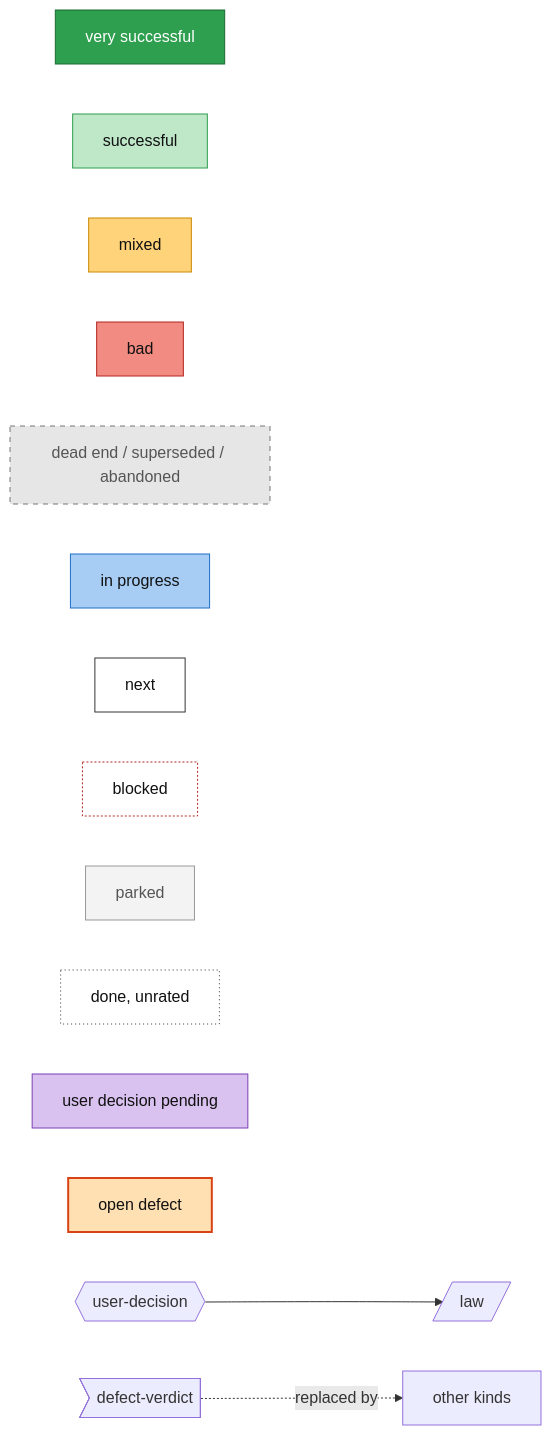
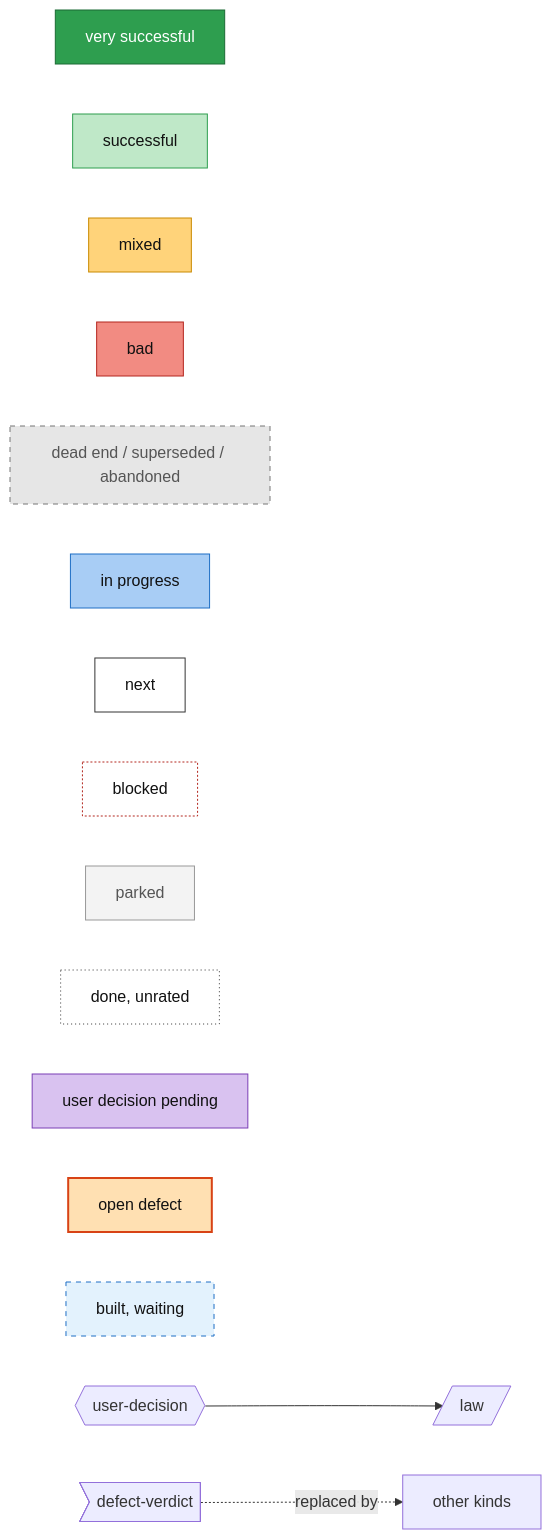
The first of 14 diagrams in docs/roadmap.md (lhns/raptorpath), drawn with Mermaid before and after one commit. The commit also changed other lines of this file and 1 other file, not shown here.

Commit message:
roadmap: 228 nodes - law-ledger fix order folded in, waiting vs running, owner-request coverage, dates from merges; regenerated on the portrait layout

````diff
--- a/docs/roadmap.md
+++ b/docs/roadmap.md
@@ -22,46 +22,48 @@
 ```mermaid
 flowchart LR
     lg_vsucc["very successful"]
     lg_succ["successful"]
     lg_mixed["mixed"]
     lg_bad["bad"]
     lg_dead["dead end / superseded / abandoned"]
     lg_inprog["in progress"]
     lg_next["next"]
     lg_blocked["blocked"]
     lg_parked["parked"]
     lg_unrated["done, unrated"]
     lg_userdec["user decision pending"]
     lg_defect["open defect"]
+    lg_waiting["built, waiting"]
     lg_k1{{"user-decision"}}
     lg_k2[/"law"/]
     lg_k3>"defect-verdict"]
     lg_k4["other kinds"]
     lg_k1 --> lg_k2
     lg_k3 -.->|replaced by| lg_k4
     classDef vsucc fill:#2e9e4f,stroke:#1b6b34,color:#fff
     classDef succ fill:#bfe8c8,stroke:#2e9e4f,color:#111
     classDef mixed fill:#ffd37a,stroke:#c98a00,color:#111
     classDef bad fill:#f28b82,stroke:#b3261e,color:#111
     classDef dead fill:#e6e6e6,stroke:#777,stroke-dasharray:5 5,color:#555
     classDef inprog fill:#a8cdf5,stroke:#1f6fc5,color:#111
     classDef next fill:#fff,stroke:#333,color:#111
     classDef blocked fill:#fff,stroke:#b3261e,stroke-dasharray:2 2,color:#111
     classDef parked fill:#f3f3f3,stroke:#999,color:#555
     classDef unrated fill:#fff,stroke:#333,stroke-dasharray:1 3,color:#111
     classDef userdec fill:#d9c2f0,stroke:#7b3fb5,color:#111
     classDef defect fill:#ffe0b2,stroke:#d84315,stroke-width:2px,color:#111
-    classDef stub fill:#fff,stroke:#aaa,stroke-dasharray:2 2,color:#777,font-size:11px
+    classDef waiting fill:#e3f2fd,stroke:#1f6fc5,stroke-dasharray:5 5,color:#111
     class lg_vsucc vsucc
     class lg_succ succ
     class lg_mixed mixed
     class lg_bad bad
     class lg_dead dead
     class lg_inprog inprog
     class lg_next next
     class lg_blocked blocked
     class lg_parked parked
     class lg_unrated unrated
     class lg_userdec userdec
     class lg_defect defect
+    class lg_waiting waiting
 ```
````
